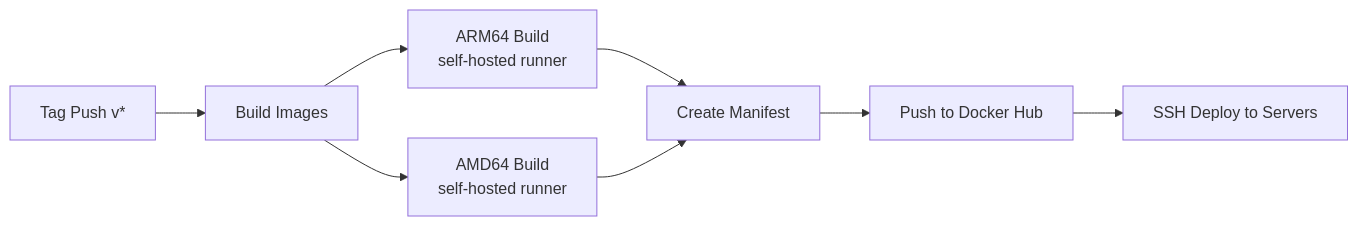
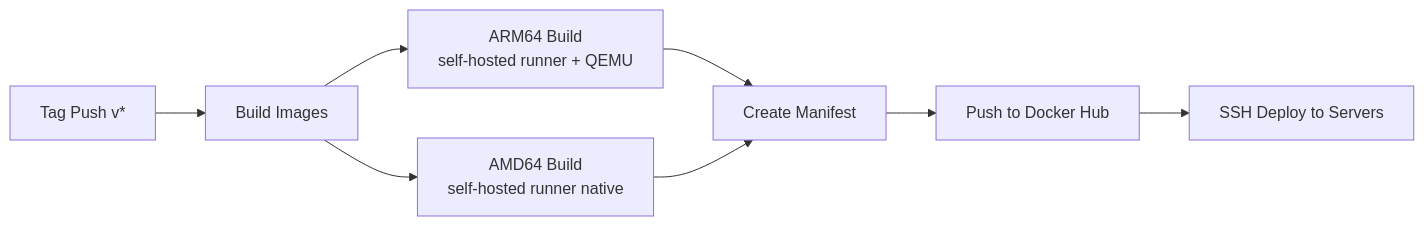
One commit to lollonet/snapMULTI changed the diagram in docs/technology/TECH-003.cicd.md. Above: the diagram before and after it, drawn with Mermaid. The commit also changed other lines of this file and 10 other files, not shown here.

````diff
--- a/docs/technology/TECH-003.cicd.md
+++ b/docs/technology/TECH-003.cicd.md
@@ -24,10 +24,10 @@
 ```mermaid
 flowchart LR
     tag[Tag Push v*] --> build[Build Images]
-    build --> arm64[ARM64 Build<br/>self-hosted runner]
-    build --> amd64[AMD64 Build<br/>self-hosted runner]
+    build --> arm64[ARM64 Build<br/>self-hosted runner + QEMU]
+    build --> amd64[AMD64 Build<br/>self-hosted runner native]
     arm64 --> manifest[Create Manifest]
     amd64 --> manifest
     manifest --> push[Push to Docker Hub]
     push --> deploy[SSH Deploy to Servers]
 ```
````
